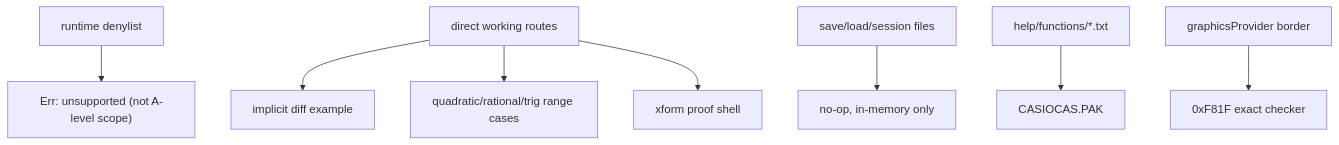
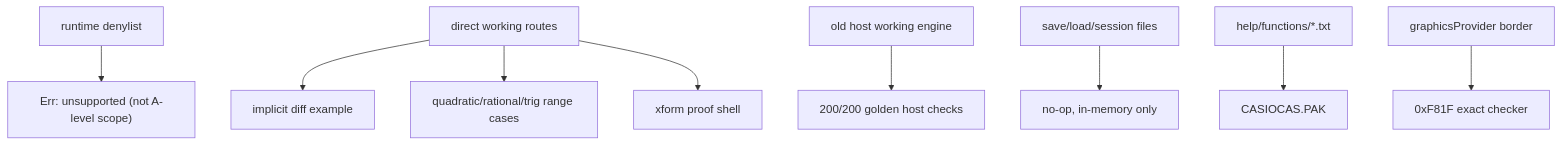
One commit to james8464/notes-addin-casio-fx-cg50 changed the third of 7 diagrams in docs/GRAPH.md. Above: the diagram before and after it, drawn with Mermaid. The commit also changed other lines of this file and 76 other files, not shown here.

Commit message:
prune a-level catalog and restore host queue

````diff
--- a/docs/GRAPH.md
+++ b/docs/GRAPH.md
@@ -37,10 +42,11 @@
 ```mermaid
 graph TD
   Guard["runtime denylist"] --> Unsupported["Err: unsupported (not A-level scope)"]
   Direct["direct working routes"] --> Implicit["implicit diff example"]
   Direct --> Range["quadratic/rational/trig range cases"]
   Direct --> Xform["xform proof shell"]
+  Host["old host working engine"] --> Queue["200/200 golden host checks"]
   Session["save/load/session files"] --> Disabled["no-op, in-memory only"]
   Help["help/functions/*.txt"] --> Pak["CASIOCAS.PAK"]
   Border["graphicsProvider border"] --> Pink["0xF81F exact checker"]
 ```
````
